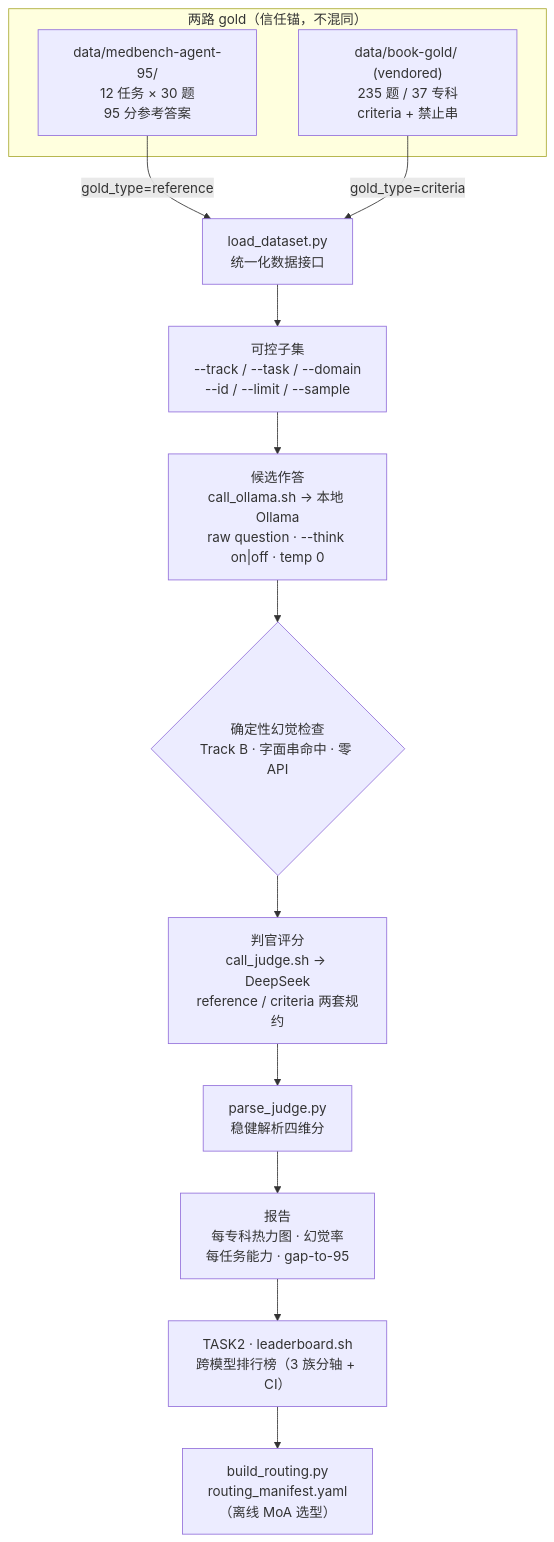
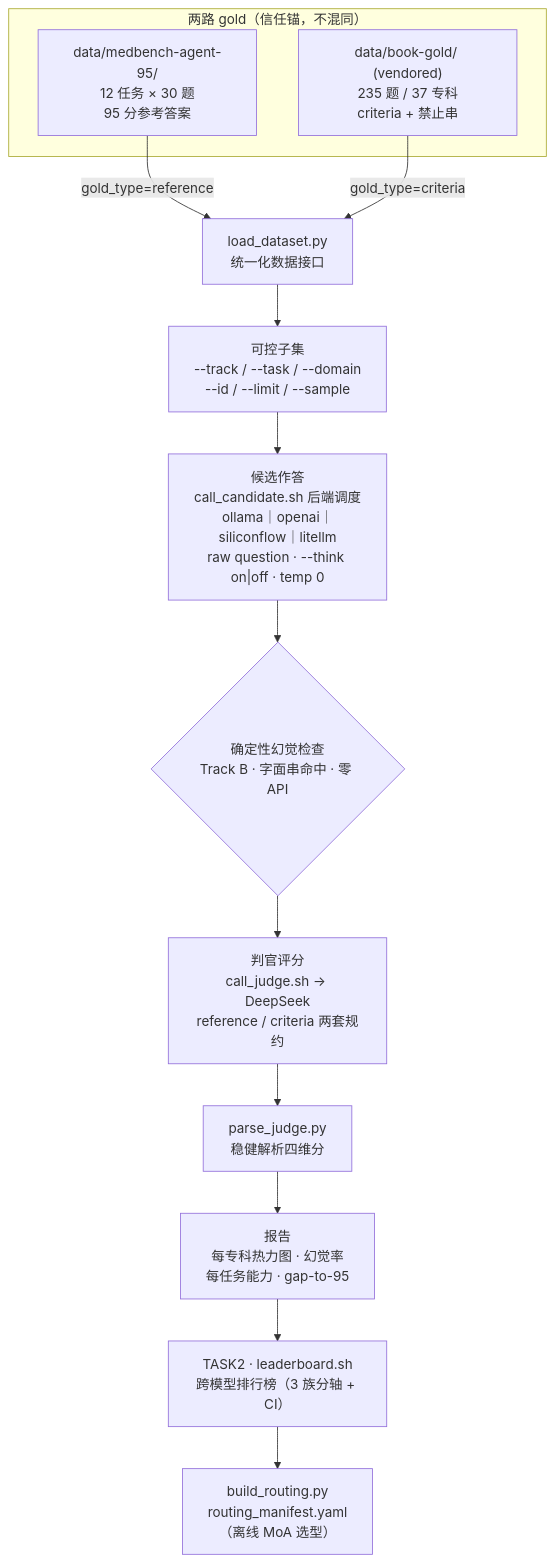
One commit to chenhaodev/med-agent-verifier changed the diagram in README.md. Above: the diagram before and after it, drawn with Mermaid. The commit also changed other lines of this file and 3 other files, not shown here.

````diff
--- a/README.md
+++ b/README.md
@@ -167,17 +173,17 @@
 ```mermaid
 flowchart TB
     subgraph GOLD["两路 gold（信任锚，不混同）"]
         A["data/medbench-agent-95/<br/>12 任务 × 30 题<br/>95 分参考答案"]
         B["data/book-gold/ (vendored)<br/>235 题 / 37 专科<br/>criteria + 禁止串"]
     end
     A -->|gold_type=reference| L["load_dataset.py<br/>统一化数据接口"]
     B -->|gold_type=criteria| L
     L --> SEL["可控子集<br/>--track / --task / --domain<br/>--id / --limit / --sample"]
-    SEL --> RUN["候选作答<br/>call_ollama.sh → 本地 Ollama<br/>raw question · --think on|off · temp 0"]
+    SEL --> RUN["候选作答<br/>call_candidate.sh 后端调度<br/>ollama｜openai｜siliconflow｜litellm<br/>raw question · --think on|off · temp 0"]
     RUN --> HC{"确定性幻觉检查<br/>Track B · 字面串命中 · 零 API"}
     HC --> JUDGE["判官评分<br/>call_judge.sh → DeepSeek<br/>reference / criteria 两套规约"]
     JUDGE --> PARSE["parse_judge.py<br/>稳健解析四维分"]
     PARSE --> REP["报告<br/>每专科热力图 · 幻觉率<br/>每任务能力 · gap-to-95"]
     REP --> LB["TASK2 · leaderboard.sh<br/>跨模型排行榜（3 族分轴 + CI）"]
     LB --> RM["build_routing.py<br/>routing_manifest.yaml<br/>（离线 MoA 选型）"]
 ```
````
